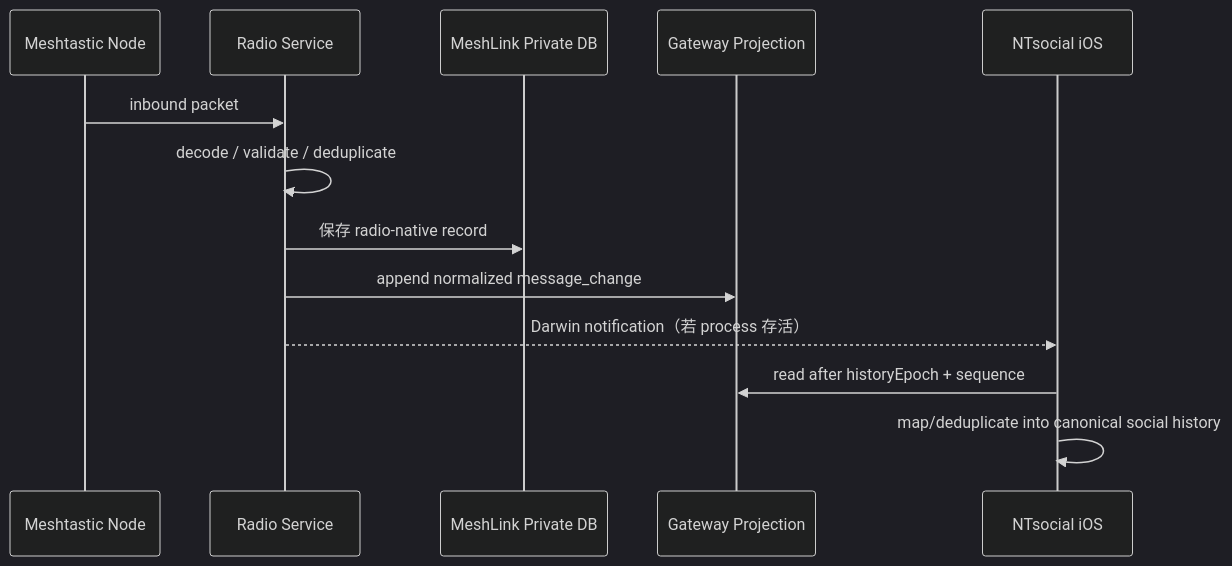
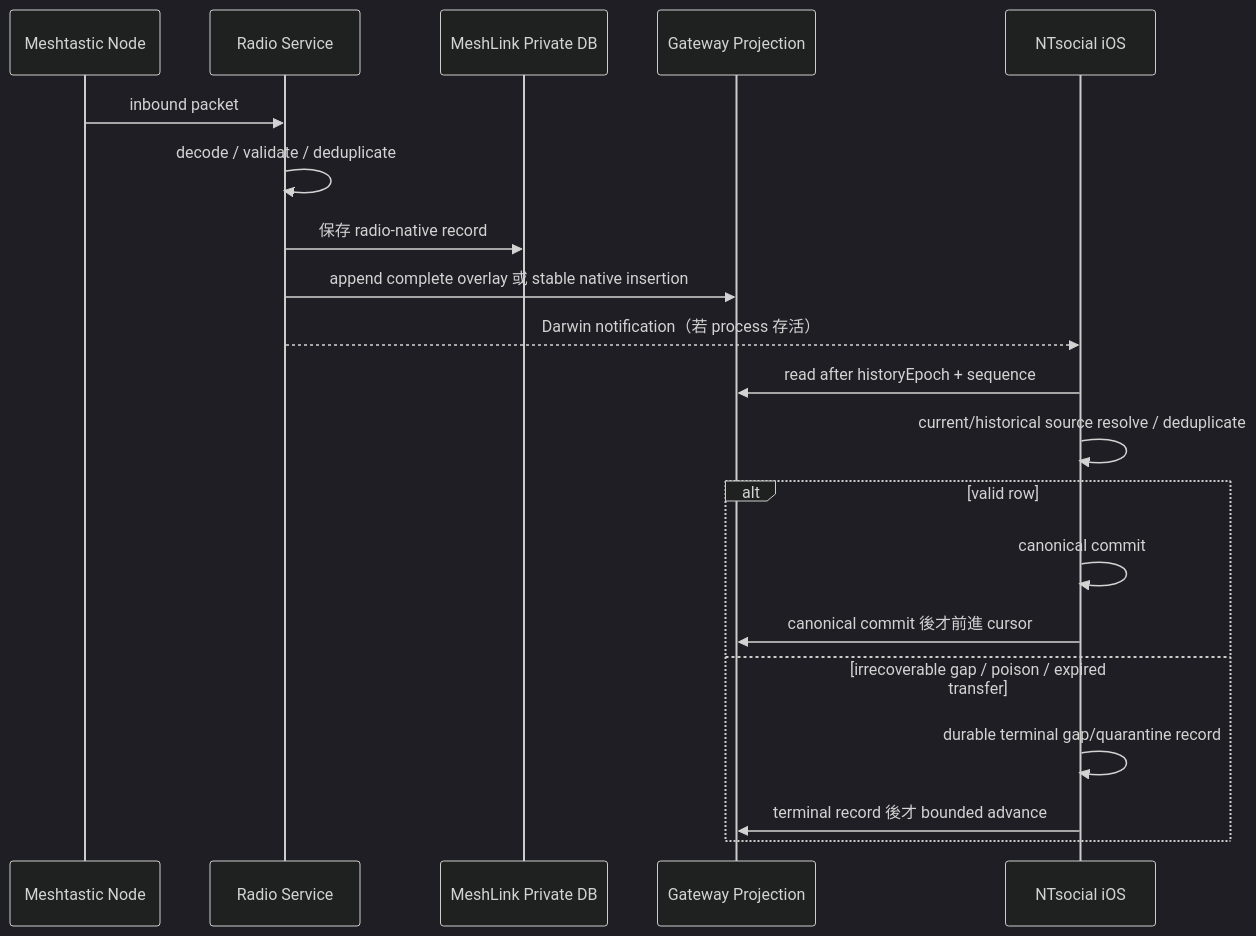
The fifth of 5 diagrams in IOS_NTSOCIAL_MESHLINK_DEVELOPMENT_CONSTRUCTION_PLAN.md (nuclear718/ntsocial-mesh-gateway-android), drawn with Mermaid (dark theme) before and after one commit. The commit also changed other lines of this file and 168 other files, not shown here.

````diff
--- a/IOS_NTSOCIAL_MESHLINK_DEVELOPMENT_CONSTRUCTION_PLAN.md
+++ b/IOS_NTSOCIAL_MESHLINK_DEVELOPMENT_CONSTRUCTION_PLAN.md
@@ -725,16 +702,23 @@
 ```mermaid
 sequenceDiagram
     participant M as Meshtastic Node
     participant R as Radio Service
     participant D as MeshLink Private DB
     participant G as Gateway Projection
     participant N as NTsocial iOS
 
     M->>R: inbound packet
     R->>R: decode / validate / deduplicate
     R->>D: 保存 radio-native record
-    R->>G: append normalized message_change
+    R->>G: append complete overlay 或 stable native insertion
     R-->>N: Darwin notification（若 process 存活）
     N->>G: read after historyEpoch + sequence
-    N->>N: map/deduplicate into canonical social history
+    N->>N: current/historical source resolve / deduplicate
+    alt valid row
+        N->>N: canonical commit
+        N->>G: canonical commit 後才前進 cursor
+    else irrecoverable gap / poison / expired transfer
+        N->>N: durable terminal gap/quarantine record
+        N->>G: terminal record 後才 bounded advance
+    end
 ```
````
